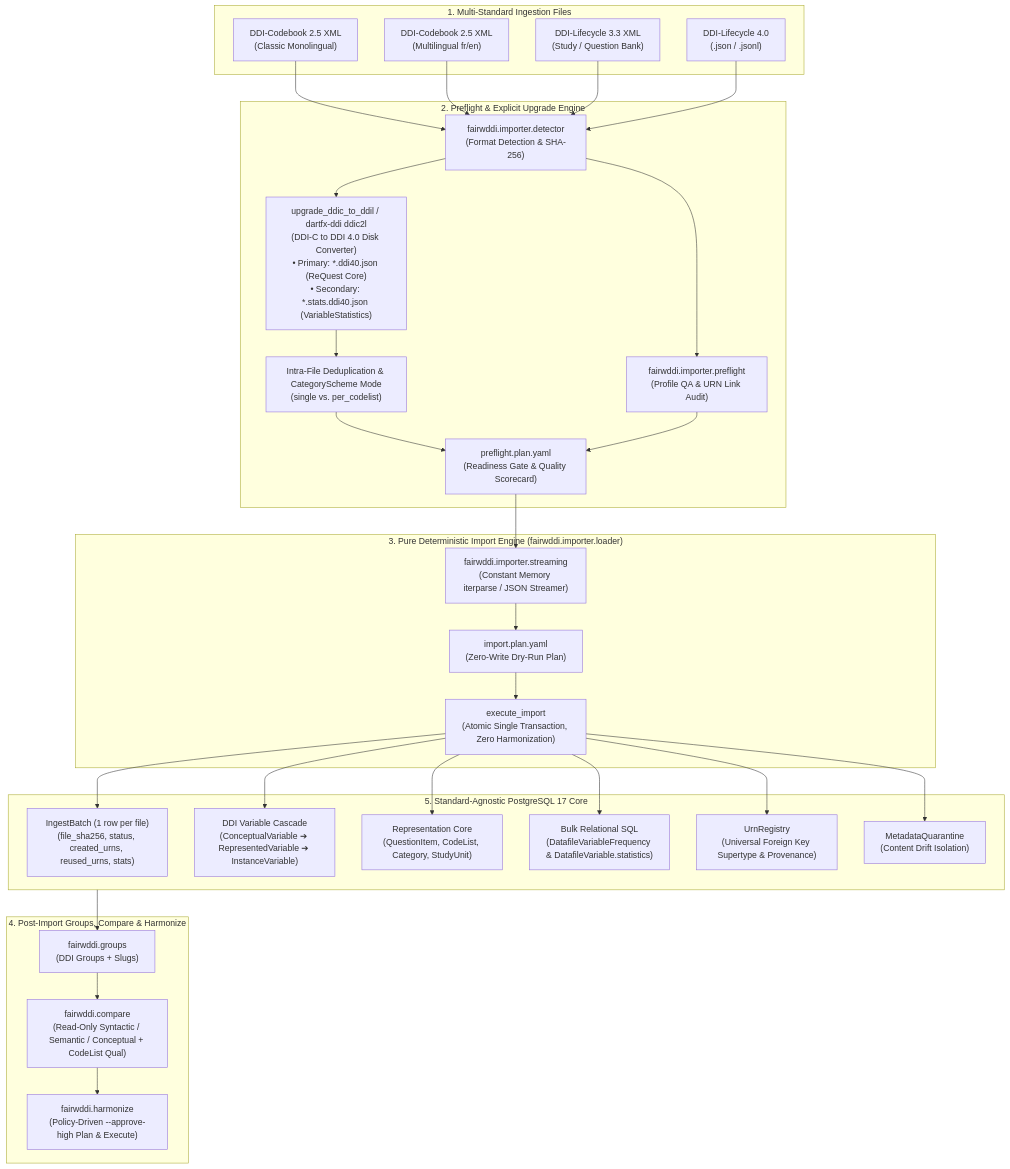
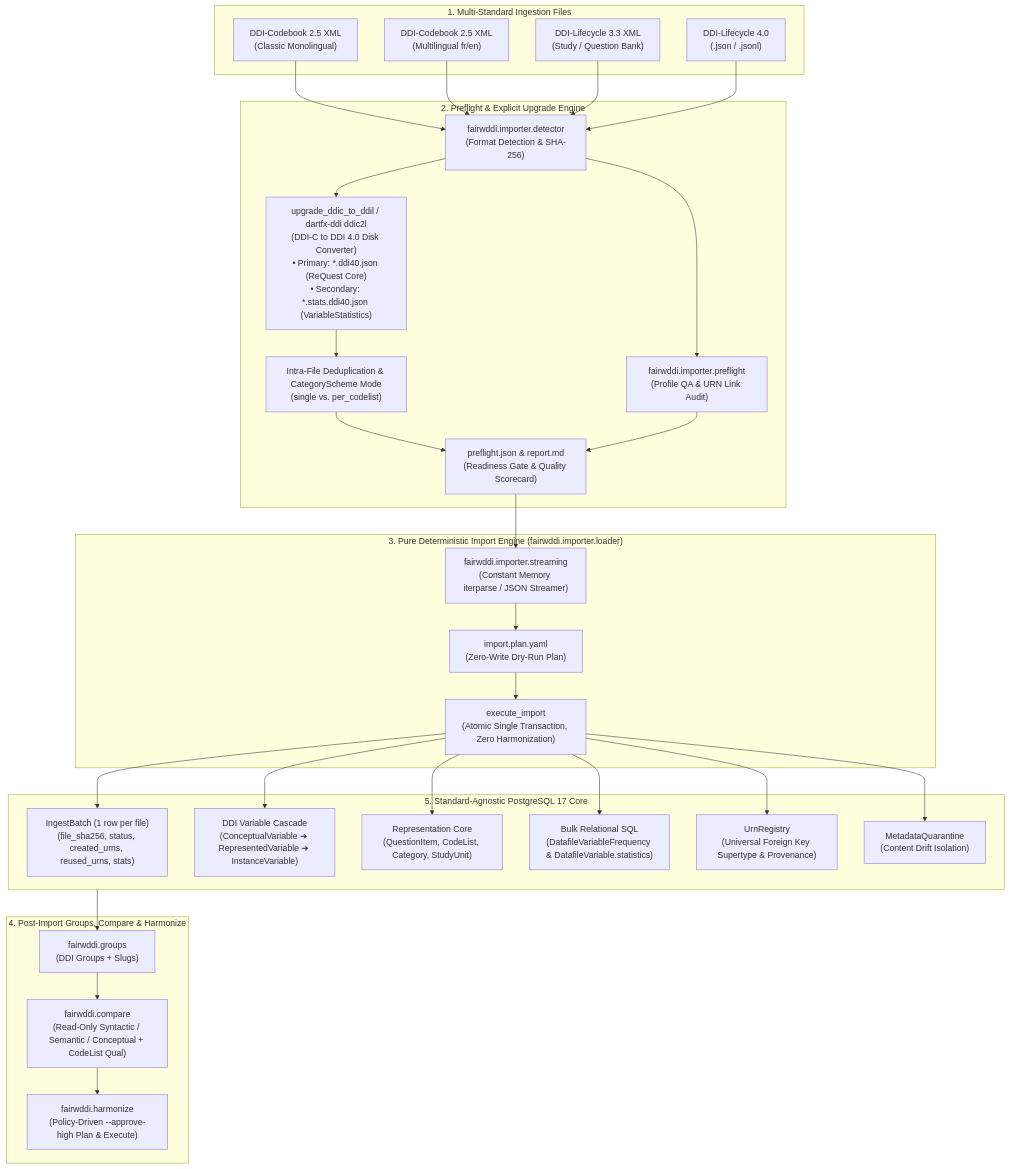
The diagram in deliverables/research/summary.md (PlgaH/fairwddi-wp3-3), drawn with Mermaid before and after one commit. The commit also changed 26 other files, not shown here.

Commit message:
docs: update CLI user guide and diagrams for preflight and import workflows

````diff
--- a/deliverables/research/summary.md
+++ b/deliverables/research/summary.md
@@ -27,44 +27,44 @@
 ```mermaid
 flowchart TD
     subgraph MultiStandardIn ["1. Multi-Standard Ingestion Files"]
         DDIC["DDI-Codebook 2.5 XML\n(Classic Monolingual)"]
         DDIC_ML["DDI-Codebook 2.5 XML\n(Multilingual fr/en)"]
         DDIL33["DDI-Lifecycle 3.3 XML\n(Study / Question Bank)"]
         DDIL4["DDI-Lifecycle 4.0\n(.json / .jsonl)"]
     end
 
     subgraph PreflightPhase ["2. Preflight & Explicit Upgrade Engine"]
         Detector["fairwddi.importer.detector\n(Format Detection & SHA-256)"]
         QA["fairwddi.importer.preflight\n(Profile QA & URN Link Audit)"]
         Upgrade["upgrade_ddic_to_ddil / dartfx-ddi ddic2l\n(DDI-C to DDI 4.0 Disk Converter)\n• Primary: *.ddi40.json (ReQuest Core)\n• Secondary: *.stats.ddi40.json (VariableStatistics)"]
         DedupeMetrics["Intra-File Deduplication & CategoryScheme Mode\n(single vs. per_codelist)"]
-        PlanPre["preflight.plan.yaml\n(Readiness Gate & Quality Scorecard)"]
+        PlanPre["preflight.json &amp; report.md\n(Readiness Gate &amp; Quality Scorecard)"]
     end
 
     subgraph ImportPhase ["3. Pure Deterministic Import Engine (fairwddi.importer.loader)"]
         Streaming["fairwddi.importer.streaming\n(Constant Memory iterparse / JSON Streamer)"]
         PlanImp["import.plan.yaml\n(Zero-Write Dry-Run Plan)"]
         ExecImp["execute_import\n(Atomic Single Transaction, Zero Harmonization)"]
     end
 
     subgraph PostImport ["4. Post-Import Groups, Compare & Harmonize"]
         Groups["fairwddi.groups\n(DDI Groups + Slugs)"]
         Compare["fairwddi.compare\n(Read-Only Syntactic / Semantic / Conceptual + CodeList Qual)"]
         Harmonize["fairwddi.harmonize\n(Policy-Driven --approve-high Plan & Execute)"]
     end
 
     subgraph CoreStore ["5. Standard-Agnostic PostgreSQL 17 Core"]
         Receipt["IngestBatch (1 row per file)\n(file_sha256, status, created_urns, reused_urns, stats)"]
         Cascade["DDI Variable Cascade\n(ConceptualVariable ➔ RepresentedVariable ➔ InstanceVariable)"]
         Representation["Representation Core\n(QuestionItem, CodeList, Category, StudyUnit)"]
         Frequencies["Bulk Relational SQL\n(DatafileVariableFrequency & DatafileVariable.statistics)"]
         Registry["UrnRegistry\n(Universal Foreign Key Supertype & Provenance)"]
         Quarantine["MetadataQuarantine\n(Content Drift Isolation)"]
     end
 
     DDIC & DDIC_ML --> Detector --> Upgrade --> DedupeMetrics --> PlanPre
     DDIL33 & DDIL4 --> Detector --> QA --> PlanPre
     PlanPre --> Streaming --> PlanImp --> ExecImp
     ExecImp --> Receipt & Cascade & Representation & Frequencies & Registry & Quarantine
     CoreStore --> Groups --> Compare --> Harmonize
 ```
````
